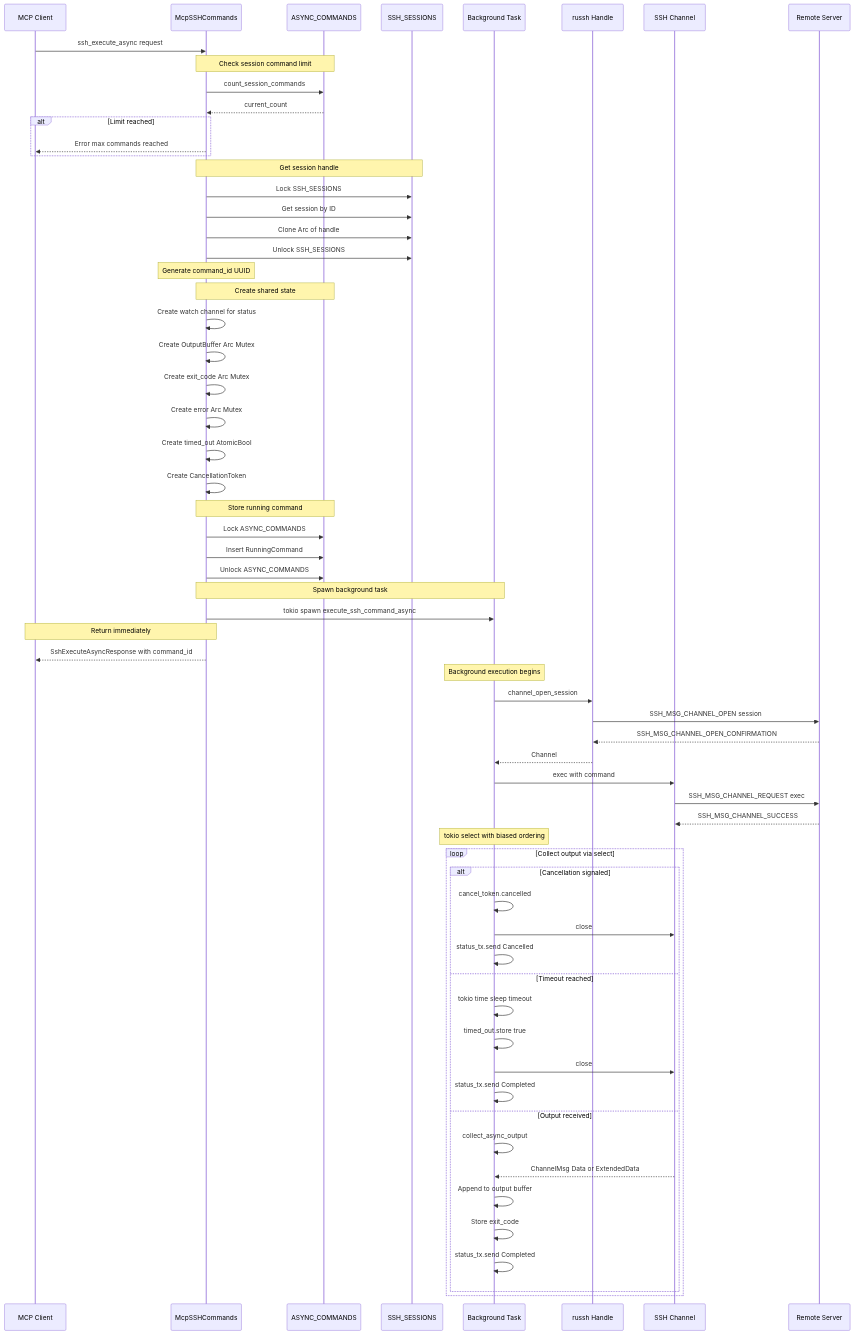
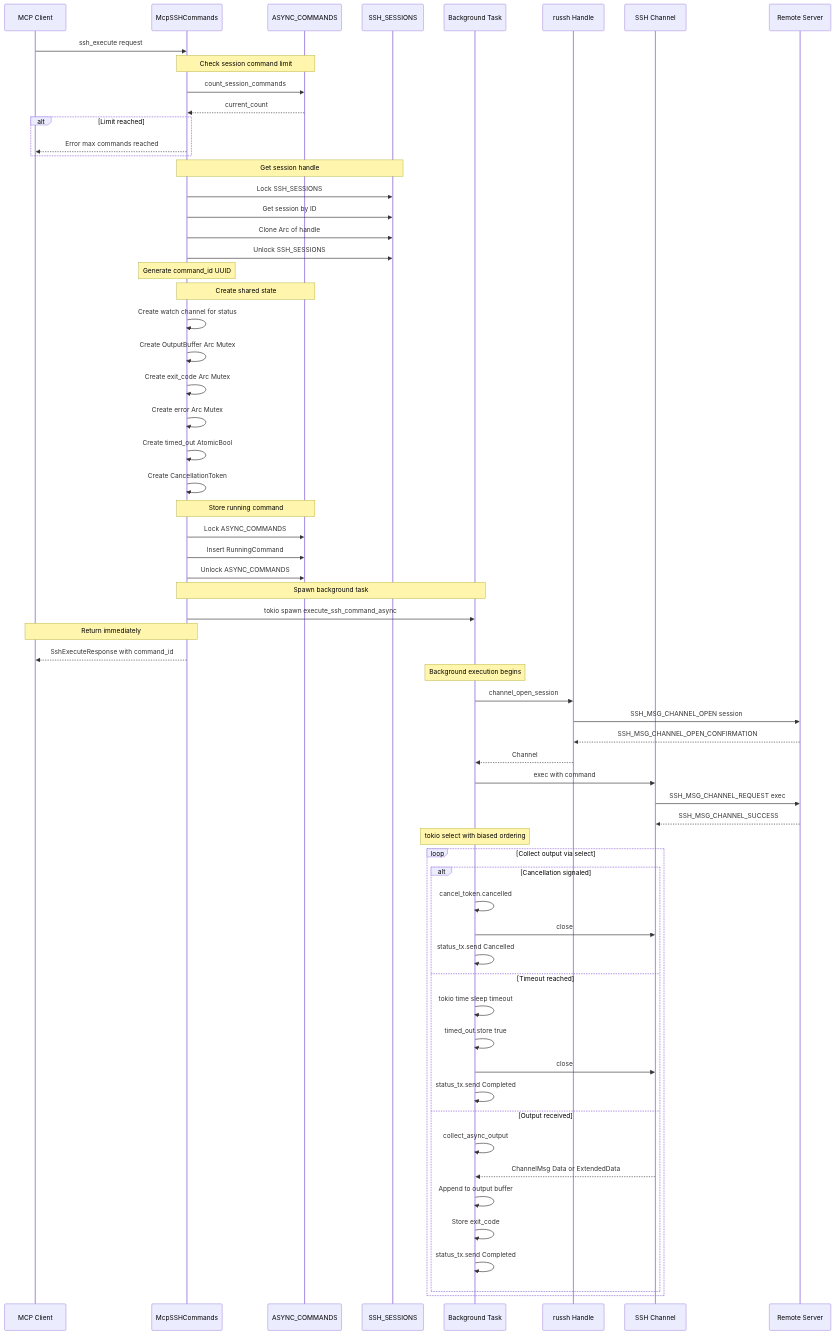
The eighth of 24 diagrams in docs/FLOWS.md (farchanjo/ssh-mcp), drawn with Mermaid before and after one commit. The commit also changed other lines of this file and 6 other files, not shown here.

````diff
--- a/docs/FLOWS.md
+++ b/docs/FLOWS.md
@@ -531,80 +370,80 @@
 ```mermaid
 sequenceDiagram
     participant Client as MCP Client
     participant Cmd as McpSSHCommands
     participant AsyncStore as ASYNC_COMMANDS
     participant Store as SSH_SESSIONS
     participant Task as Background Task
     participant Handle as russh Handle
     participant Channel as SSH Channel
     participant Server as Remote Server
 
-    Client->>Cmd: ssh_execute_async request
+    Client->>Cmd: ssh_execute request
 
     Note over Cmd,AsyncStore: Check session command limit
     Cmd->>AsyncStore: count_session_commands
     AsyncStore-->>Cmd: current_count
 
     alt Limit reached
         Cmd-->>Client: Error max commands reached
     end
 
     Note over Cmd,Store: Get session handle
     Cmd->>Store: Lock SSH_SESSIONS
     Cmd->>Store: Get session by ID
     Cmd->>Store: Clone Arc of handle
     Cmd->>Store: Unlock SSH_SESSIONS
 
     Note over Cmd: Generate command_id UUID
 
     Note over Cmd,AsyncStore: Create shared state
     Cmd->>Cmd: Create watch channel for status
     Cmd->>Cmd: Create OutputBuffer Arc Mutex
     Cmd->>Cmd: Create exit_code Arc Mutex
     Cmd->>Cmd: Create error Arc Mutex
     Cmd->>Cmd: Create timed_out AtomicBool
     Cmd->>Cmd: Create CancellationToken
 
     Note over Cmd,AsyncStore: Store running command
     Cmd->>AsyncStore: Lock ASYNC_COMMANDS
     Cmd->>AsyncStore: Insert RunningCommand
     Cmd->>AsyncStore: Unlock ASYNC_COMMANDS
 
     Note over Cmd,Task: Spawn background task
     Cmd->>Task: tokio spawn execute_ssh_command_async
 
     Note over Cmd,Client: Return immediately
-    Cmd-->>Client: SshExecuteAsyncResponse with command_id
+    Cmd-->>Client: SshExecuteResponse with command_id
 
     Note over Task: Background execution begins
 
     Task->>Handle: channel_open_session
     Handle->>Server: SSH_MSG_CHANNEL_OPEN session
     Server-->>Handle: SSH_MSG_CHANNEL_OPEN_CONFIRMATION
     Handle-->>Task: Channel
 
     Task->>Channel: exec with command
     Channel->>Server: SSH_MSG_CHANNEL_REQUEST exec
     Server-->>Channel: SSH_MSG_CHANNEL_SUCCESS
 
     Note over Task: tokio select with biased ordering
 
     loop Collect output via select
         alt Cancellation signaled
             Task->>Task: cancel_token.cancelled
             Task->>Channel: close
             Task->>Task: status_tx.send Cancelled
         else Timeout reached
             Task->>Task: tokio time sleep timeout
             Task->>Task: timed_out.store true
             Task->>Channel: close
             Task->>Task: status_tx.send Completed
         else Output received
             Task->>Task: collect_async_output
             Channel-->>Task: ChannelMsg Data or ExtendedData
             Task->>Task: Append to output buffer
             Task->>Task: Store exit_code
             Task->>Task: status_tx.send Completed
         end
     end
 ```
````
